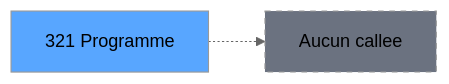
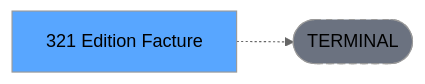
One commit to thonyAGP/lecteur-magic changed the third of 3 diagrams in .openspec/specs/ADH-IDE-321.md. Above: the diagram before and after it, drawn with Mermaid (neutral theme). The commit also changed other lines of this file and 701 other files, not shown here.

````diff
--- a/.openspec/specs/ADH-IDE-321.md
+++ b/.openspec/specs/ADH-IDE-321.md
@@ -130,8 +141,8 @@
 ```mermaid
 graph LR
-    T[321 Programme]
-    NONE[Aucun callee]
-    T -.-> NONE
+    T[321 Edition Facture]
+    TERM([TERMINAL])
+    T -.-> TERM
+    style TERM fill:#6b7280,stroke-dasharray: 5 5
     style T fill:#58a6ff,color:#000
-    style NONE fill:#6b7280,stroke-dasharray: 5 5
 ```
````
